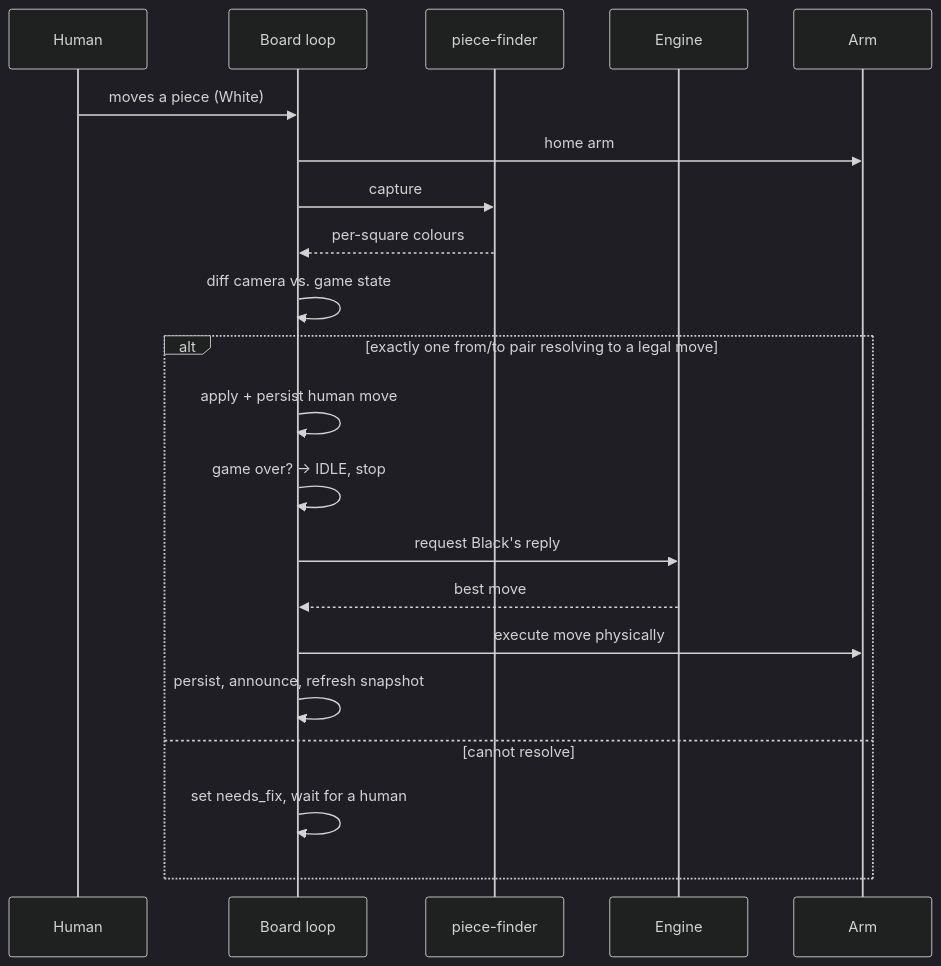
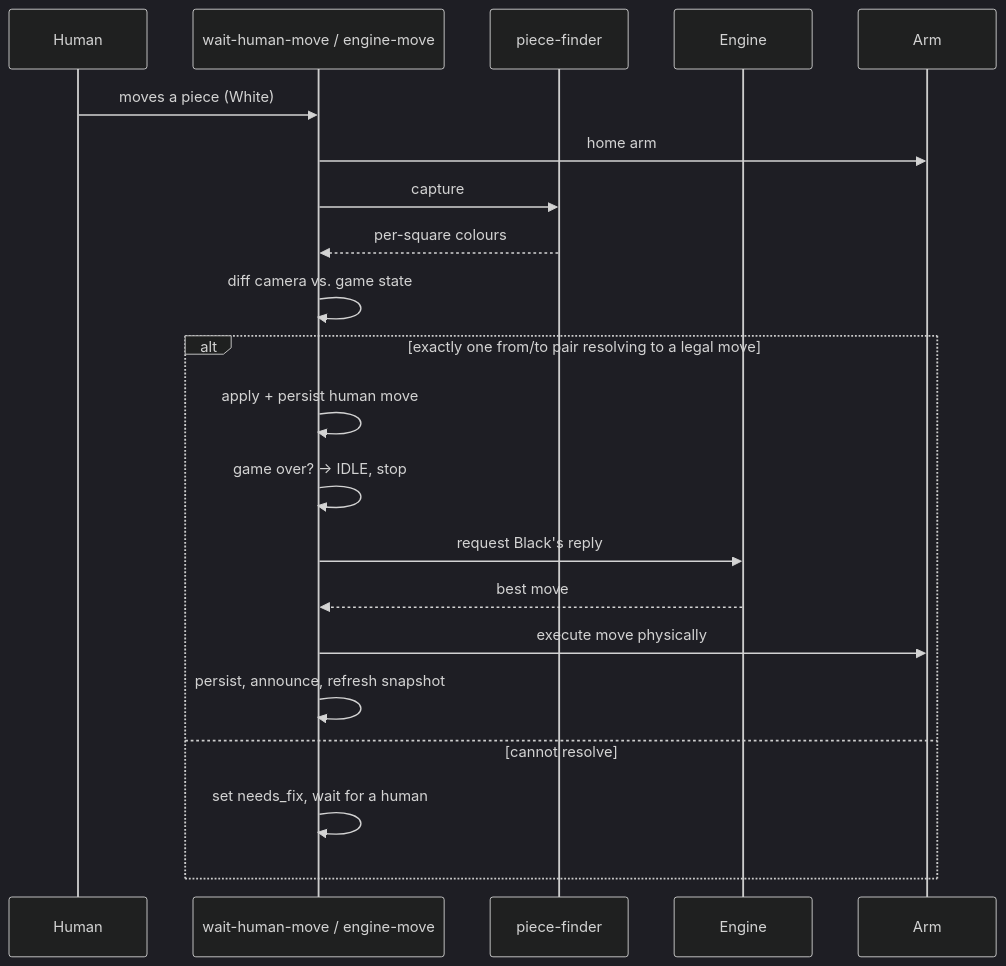
Before and after one commit to erh/viam-chess: the third of 3 diagrams in docs/PLAYBOOK.md, drawn with Mermaid (dark theme). The commit also changed other lines of this file and 18 other files, not shown here.

````diff
--- a/docs/PLAYBOOK.md
+++ b/docs/PLAYBOOK.md
@@ -396,24 +405,24 @@
 ```mermaid
 sequenceDiagram
     participant H as Human
-    participant L as Board loop
+    participant L as wait-human-move / engine-move
     participant V as piece-finder
     participant E as Engine
     participant A as Arm
 
     H->>L: moves a piece (White)
     L->>A: home arm
     L->>V: capture
     V-->>L: per-square colours
     L->>L: diff camera vs. game state
     alt exactly one from/to pair resolving to a legal move
         L->>L: apply + persist human move
         L->>L: game over? → IDLE, stop
         L->>E: request Black's reply
         E-->>L: best move
         L->>A: execute move physically
         L->>L: persist, announce, refresh snapshot
     else cannot resolve
         L->>L: set needs_fix, wait for a human
     end
 ```
````
